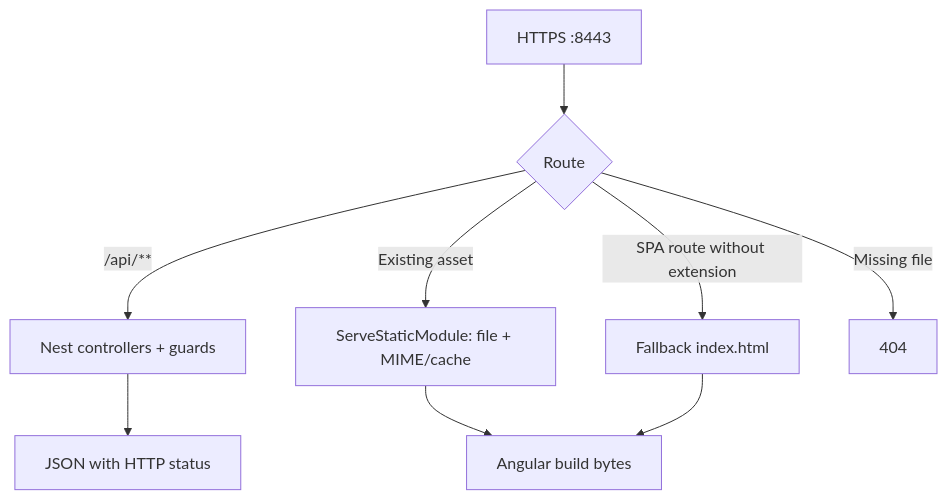
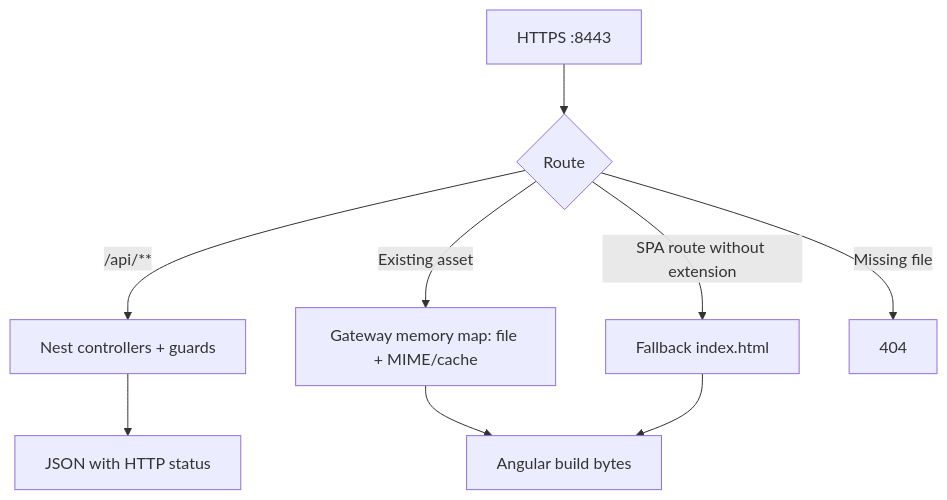
The fourth of 7 diagrams in docs/requirements/06-web-gateway-https-pwa.md (virgenherrera/lan-solution-template), drawn with Mermaid before and after one commit. The commit also changed other lines of this file and 20 other files, not shown here.

Commit message:
feat: serve the web bundle from memory over IPC (POC-1f) (#9)

````diff
--- a/docs/requirements/06-web-gateway-https-pwa.md
+++ b/docs/requirements/06-web-gateway-https-pwa.md
@@ -132,11 +122,11 @@
 ```mermaid
 flowchart TD
     Request["HTTPS :8443"] --> Router{Route}
     Router -->|"/api/**"| Api[Nest controllers + guards]
-    Router -->|Existing asset| File["ServeStaticModule: file + MIME/cache"]
+    Router -->|Existing asset| File["Gateway memory map: file + MIME/cache"]
     Router -->|SPA route without extension| SPA[Fallback index.html]
     Router -->|Missing file| NF[404]
     Api --> Res[JSON with HTTP status]
     File --> Resp[Angular build bytes]
     SPA --> Resp
 ```
````
